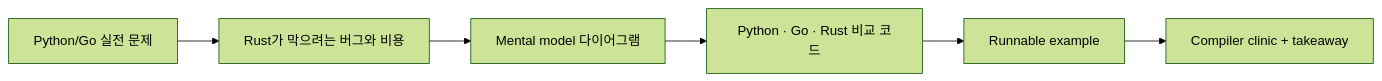
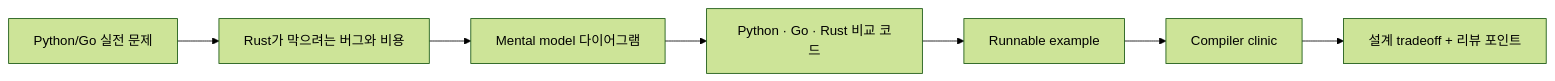
One commit to jaeyoung0509/rust-handbook changed the diagram in docs/index.md. Above: the diagram before and after it, drawn with Mermaid (forest theme). The commit also changed other lines of this file and 12 other files, not shown here.

````diff
--- a/docs/index.md
+++ b/docs/index.md
@@ -33,8 +41,9 @@
 ```mermaid
 flowchart LR
     A["Python/Go 실전 문제"] --> B["Rust가 막으려는 버그와 비용"]
     B --> C["Mental model 다이어그램"]
     C --> D["Python · Go · Rust 비교 코드"]
     D --> E["Runnable example"]
-    E --> F["Compiler clinic + takeaway"]
+    E --> F["Compiler clinic"]
+    F --> G["설계 tradeoff + 리뷰 포인트"]
 ```
````
